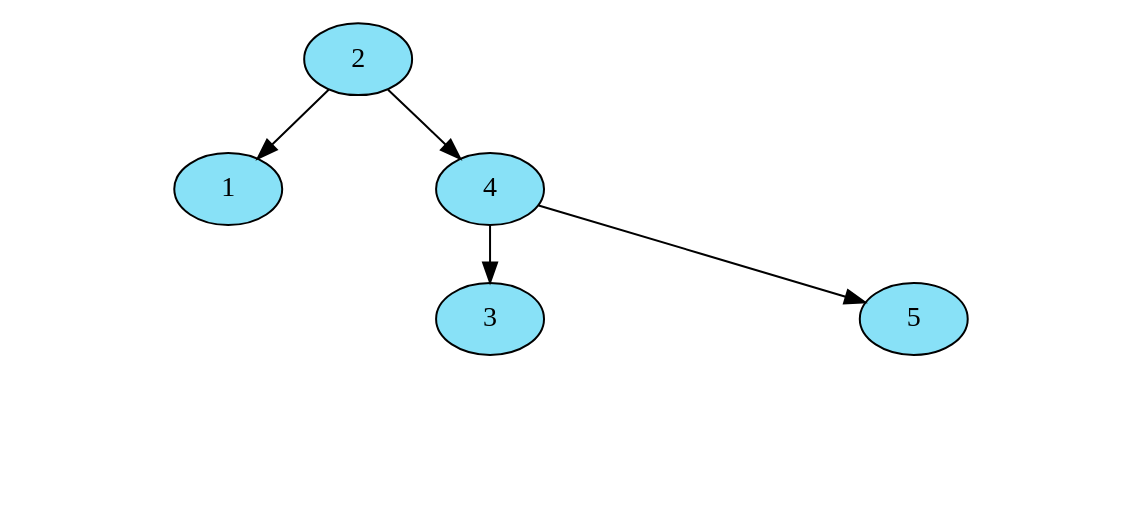
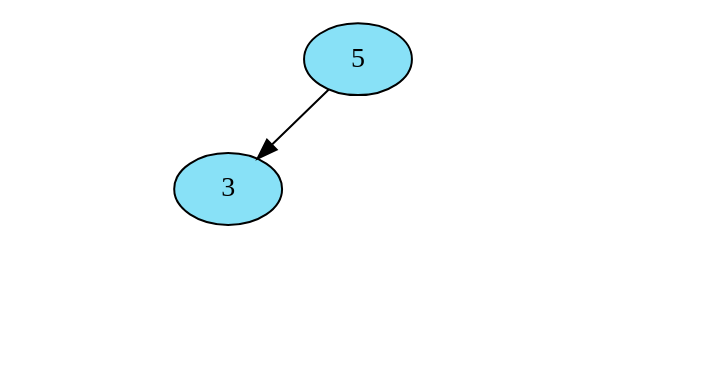
Before and after one commit to Serch-ING/EDD_UDRAWING_202000119: the diagram in FASE 2/Grafico/3_ArbolImagenes.dot, drawn with Graphviz. The commit also changed 17 other files, not shown here.

```diff
--- a/FASE 2/Grafico/3_ArbolImagenes.dot
+++ b/FASE 2/Grafico/3_ArbolImagenes.dot
@@ -1,30 +1,15 @@
 digraph G {
 nodesep=0; 
 ranksep=0.4;
 node[style = filled fillcolor="#88E1F7"];
-	NodoAVL2[ label="2"  ];
-	NodoAVL1[ label="1"];
-NodoAVL2->NodoAVL1
-	NodoAVL1[ label="1"  ];
-Invisible805955129[style=invis];
-NodoAVL1-> Invisible805955129[arrowsize=0 style= invisible] 
-Invisible805955129[style=invis];
-NodoAVL1-> Invisible805955129[arrowsize=0 style= invisible] 
-	NodoAVL4[ label="4" ];
-NodoAVL2->NodoAVL4
-	NodoAVL4[ label="4"  ];
+	NodoAVL5[ label="5"  ];
 	NodoAVL3[ label="3"];
-NodoAVL4->NodoAVL3
+NodoAVL5->NodoAVL3
 	NodoAVL3[ label="3"  ];
-Invisible1160397981[style=invis];
-NodoAVL3-> Invisible1160397981[arrowsize=0 style= invisible] 
-Invisible1160397981[style=invis];
-NodoAVL3-> Invisible1160397981[arrowsize=0 style= invisible] 
-	NodoAVL5[ label="5" ];
-NodoAVL4->NodoAVL5
-	NodoAVL5[ label="5"  ];
-Invisible665754655[style=invis];
-NodoAVL5-> Invisible665754655[arrowsize=0 style= invisible] 
-Invisible665754655[style=invis];
-NodoAVL5-> Invisible665754655[arrowsize=0 style= invisible] 
+Invisible718696084[style=invis];
+NodoAVL3-> Invisible718696084[arrowsize=0 style= invisible] 
+Invisible718696084[style=invis];
+NodoAVL3-> Invisible718696084[arrowsize=0 style= invisible] 
+Invisible241149629[style=invis];
+NodoAVL5-> Invisible241149629[arrowsize=0 style= invisible] 
 }
```
